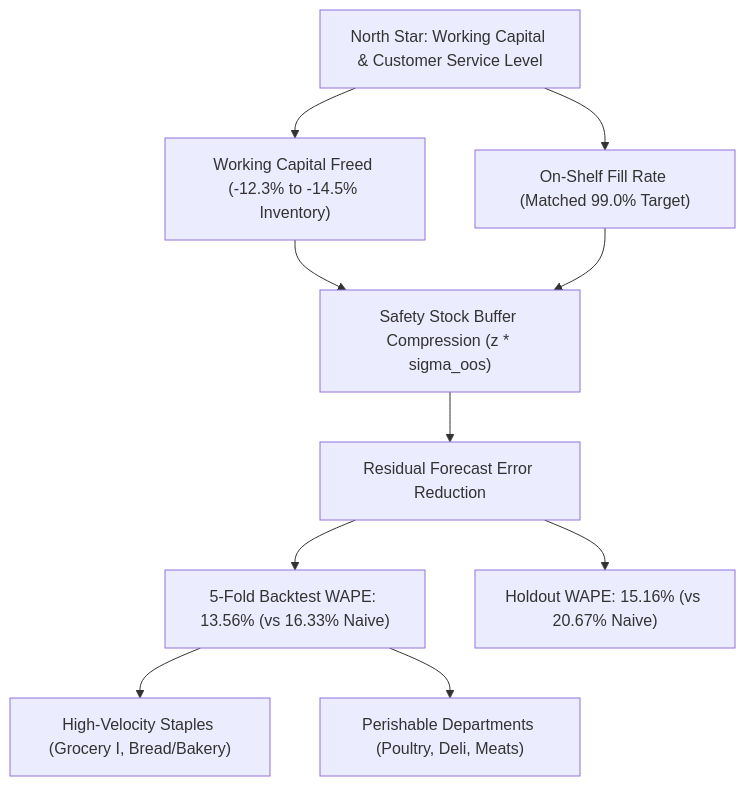
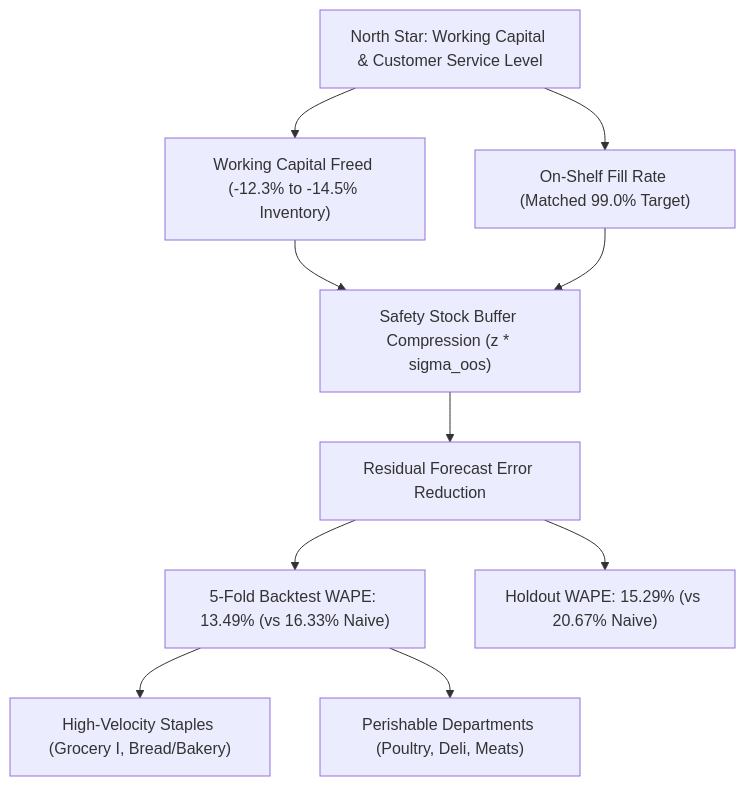
Before and after one commit to lazycoder52/grocery-demand-planner: the diagram in docs/PRODUCT_BRIEF.md, drawn with Mermaid. The commit also changed other lines of this file and 3 other files, not shown here.

````diff
--- a/docs/PRODUCT_BRIEF.md
+++ b/docs/PRODUCT_BRIEF.md
@@ -41,12 +41,12 @@
 ```mermaid
 graph TD
     A["North Star: Working Capital & Customer Service Level"] --> B["Working Capital Freed (-12.3% to -14.5% Inventory)"]
     A --> C["On-Shelf Fill Rate (Matched 99.0% Target)"]
     B --> D["Safety Stock Buffer Compression (z * sigma_oos)"]
     C --> D
     D --> E["Residual Forecast Error Reduction"]
-    E --> F["5-Fold Backtest WAPE: 13.56% (vs 16.33% Naive)"]
-    E --> G["Holdout WAPE: 15.16% (vs 20.67% Naive)"]
+    E --> F["5-Fold Backtest WAPE: 13.49% (vs 16.33% Naive)"]
+    E --> G["Holdout WAPE: 15.29% (vs 20.67% Naive)"]
     F --> H["High-Velocity Staples (Grocery I, Bread/Bakery)"]
     F --> I["Perishable Departments (Poultry, Deli, Meats)"]
 ```
````
